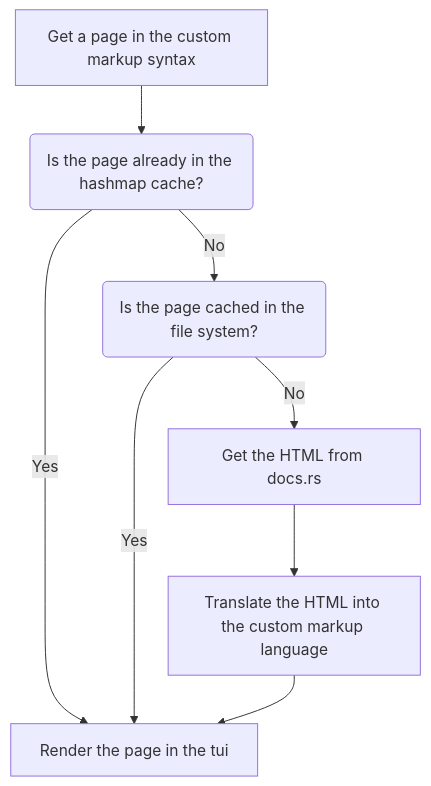
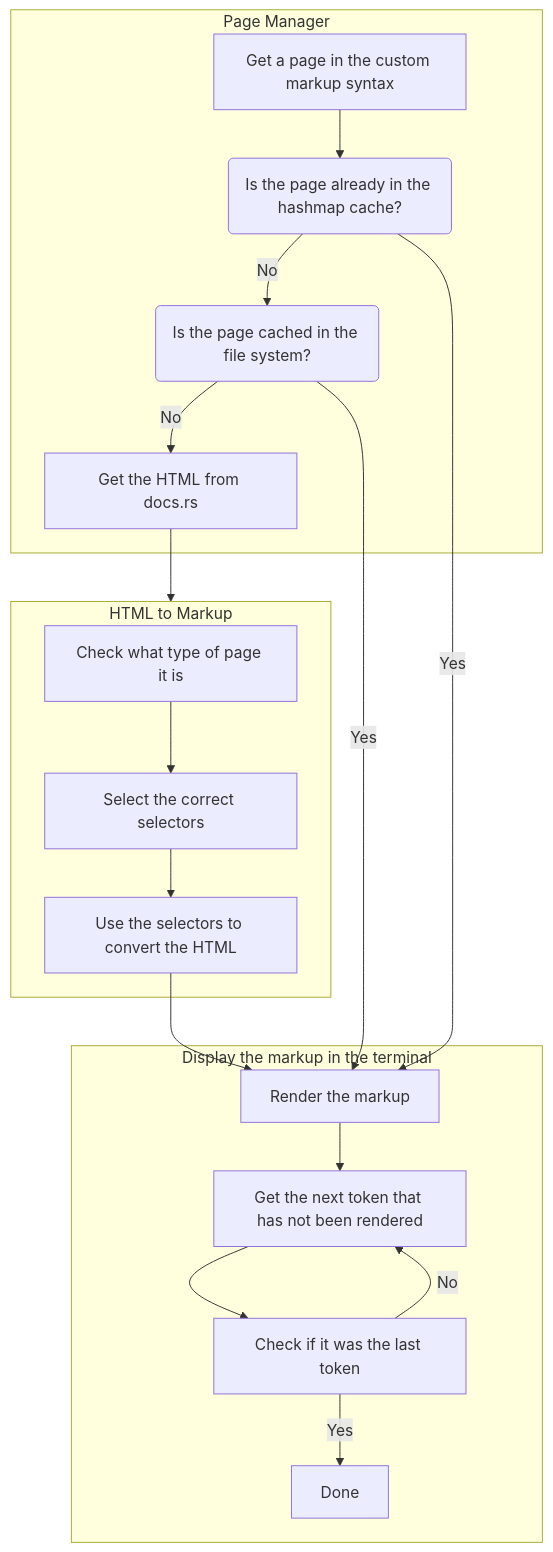
One commit to Genius1512/cargo-get-docs changed the diagram in notes/CODE_STRUCTURE.md. Above: the diagram before and after it, drawn with Mermaid.

Commit message:
Add code structure

````diff
--- a/notes/CODE_STRUCTURE.md
+++ b/notes/CODE_STRUCTURE.md
@@ -3,8 +3,26 @@
 ```mermaid
-flowchart TB
-    get_page_in_markup[Get a page in the custom markup syntax] --> is_in_hashmap_cache(Is the page already in the hashmap cache?)
-    is_in_hashmap_cache -->|Yes| render[Render the page in the tui]
-    is_in_hashmap_cache -->|No| is_in_fs_cache(Is the page cached in the file system?)
+flowchart TD
+    subgraph page_manager_group [Page Manager]
+        get_page_in_markup[Get a page in the custom markup syntax] --> is_in_hashmap_cache(Is the page already in the hashmap cache?)
+        is_in_hashmap_cache -->|No| is_in_fs_cache(Is the page cached in the file system?)
+        is_in_fs_cache -->|No| get_from_docs_rs[Get the HTML from docs.rs]
+    end
+
+    get_from_docs_rs --> html_to_markup_group
+
     is_in_fs_cache -->|Yes| render
-    is_in_fs_cache -->|No| get_from_docs_rs[Get the HTML from docs.rs] --> html_to_markup[Translate the HTML into the custom markup language] --> render
+    is_in_hashmap_cache -->|Yes| render
+
+    subgraph html_to_markup_group [HTML to Markup]
+        get_page_type[Check what type of page it is] --> select_selectors[Select the correct selectors] --> convert_html_to_markup[Use the selectors to convert the HTML]
+    end
+
+    convert_html_to_markup --> render
+
+    subgraph display_group [Display the markup in the terminal]
+        render[Render the markup] --> get_next_token[Get the next token that has not been rendered]
+        get_next_token --> check_is_last[Check if it was the last token]
+        check_is_last -->|No| get_next_token
+        check_is_last -->|Yes| done[Done]
+    end
 ```
````
